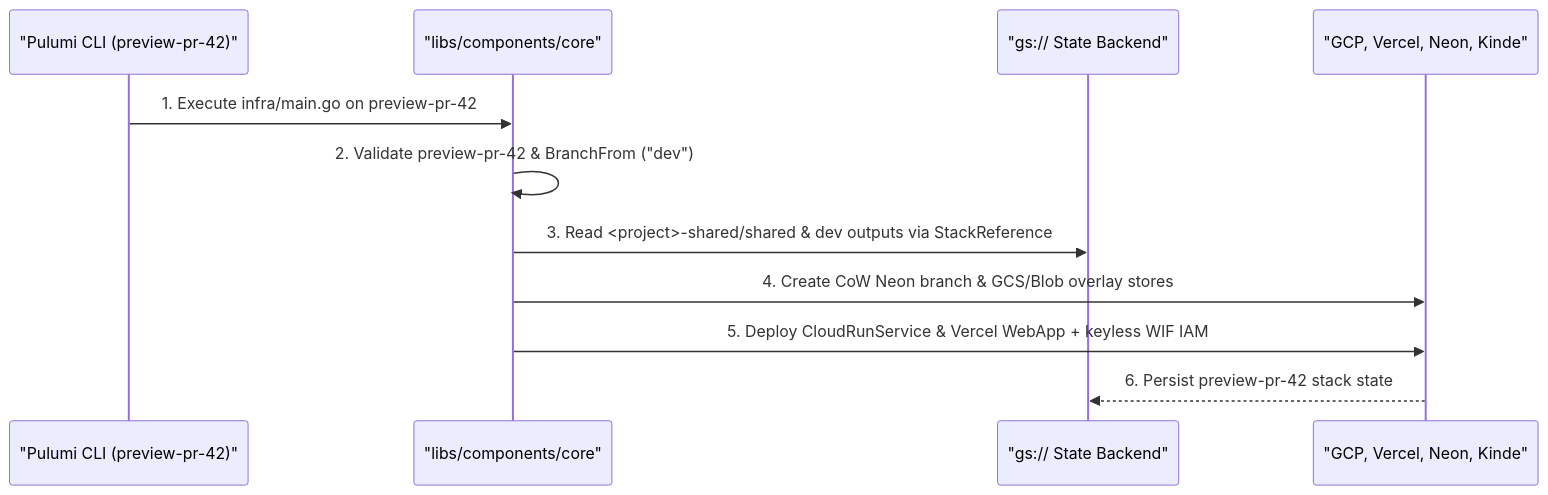
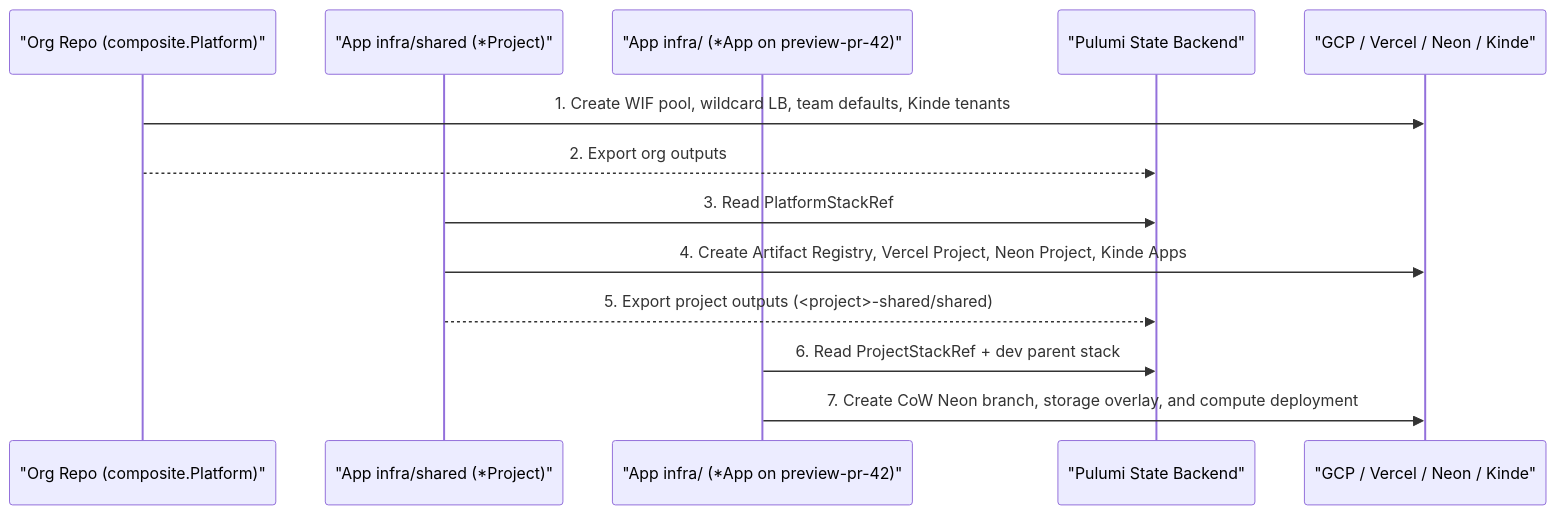
One commit to cloudvoyant/openbase changed the second of 2 diagrams in docs/architecture/index.md. Above: the diagram before and after it, drawn with Mermaid. The commit also changed other lines of this file and 55 other files, not shown here.

Commit message:
refactor(components,docs): enforce Platform/Project/Environment interfaces and per-component architecture docs

````diff
--- a/docs/architecture/index.md
+++ b/docs/architecture/index.md
@@ -50,13 +61,16 @@
 ```mermaid
 sequenceDiagram
-    participant CI as "Pulumi CLI (preview-pr-42)"
-    participant Core as "libs/components/core"
-    participant State as "gs:// State Backend"
-    participant Cloud as "GCP, Vercel, Neon, Kinde"
-    CI->>Core: 1. Execute infra/main.go on preview-pr-42
-    Core->>Core: 2. Validate preview-pr-42 & BranchFrom ("dev")
-    Core->>State: 3. Read <project>-shared/shared & dev outputs via StackReference
-    Core->>Cloud: 4. Create CoW Neon branch & GCS/Blob overlay stores
-    Core->>Cloud: 5. Deploy CloudRunService & Vercel WebApp + keyless WIF IAM
-    Cloud-->>State: 6. Persist preview-pr-42 stack state
+    participant Org as "Org Repo (composite.Platform)"
+    participant Shared as "App infra/shared (*Project)"
+    participant Env as "App infra/ (*App on preview-pr-42)"
+    participant State as "Pulumi State Backend"
+    participant Cloud as "GCP / Vercel / Neon / Kinde"
+
+    Org->>Cloud: 1. Create WIF pool, wildcard LB, team defaults, Kinde tenants
+    Org-->>State: 2. Export org outputs
+    Shared->>State: 3. Read PlatformStackRef
+    Shared->>Cloud: 4. Create Artifact Registry, Vercel Project, Neon Project, Kinde Apps
+    Shared-->>State: 5. Export project outputs (<project>-shared/shared)
+    Env->>State: 6. Read ProjectStackRef + dev parent stack
+    Env->>Cloud: 7. Create CoW Neon branch, storage overlay, and compute deployment
 ```
````
